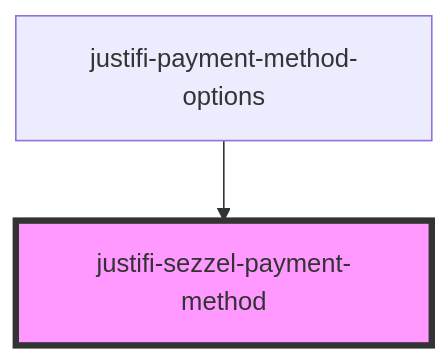
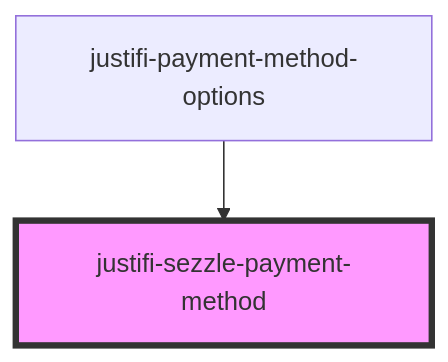
Before and after one commit to justifi-tech/web-component-library: the diagram in packages/webcomponents/src/components/checkout/readme.md, drawn with Mermaid. The commit also changed other lines of this file and 3 other files, not shown here.

````diff
--- a/packages/webcomponents/src/components/checkout/readme.md
+++ b/packages/webcomponents/src/components/checkout/readme.md
@@ -78,5 +78,5 @@
 ```mermaid
 graph TD;
-  justifi-payment-method-options --> justifi-sezzel-payment-method
-  style justifi-sezzel-payment-method fill:#f9f,stroke:#333,stroke-width:4px
+  justifi-payment-method-options --> justifi-sezzle-payment-method
+  style justifi-sezzle-payment-method fill:#f9f,stroke:#333,stroke-width:4px
 ```
````
